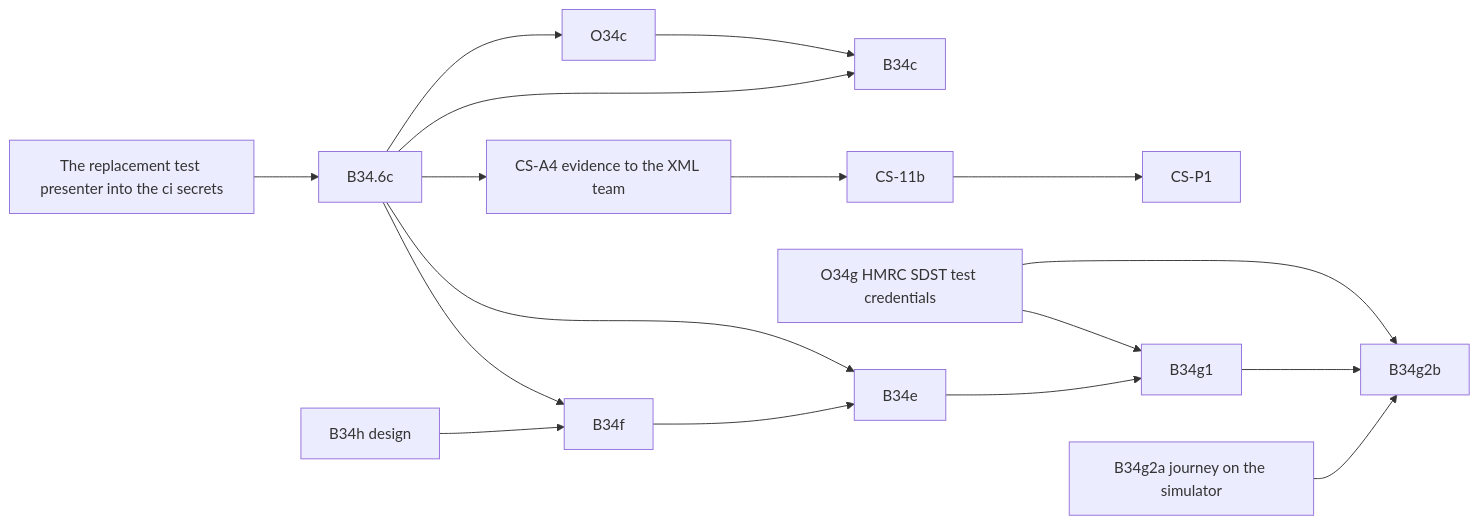
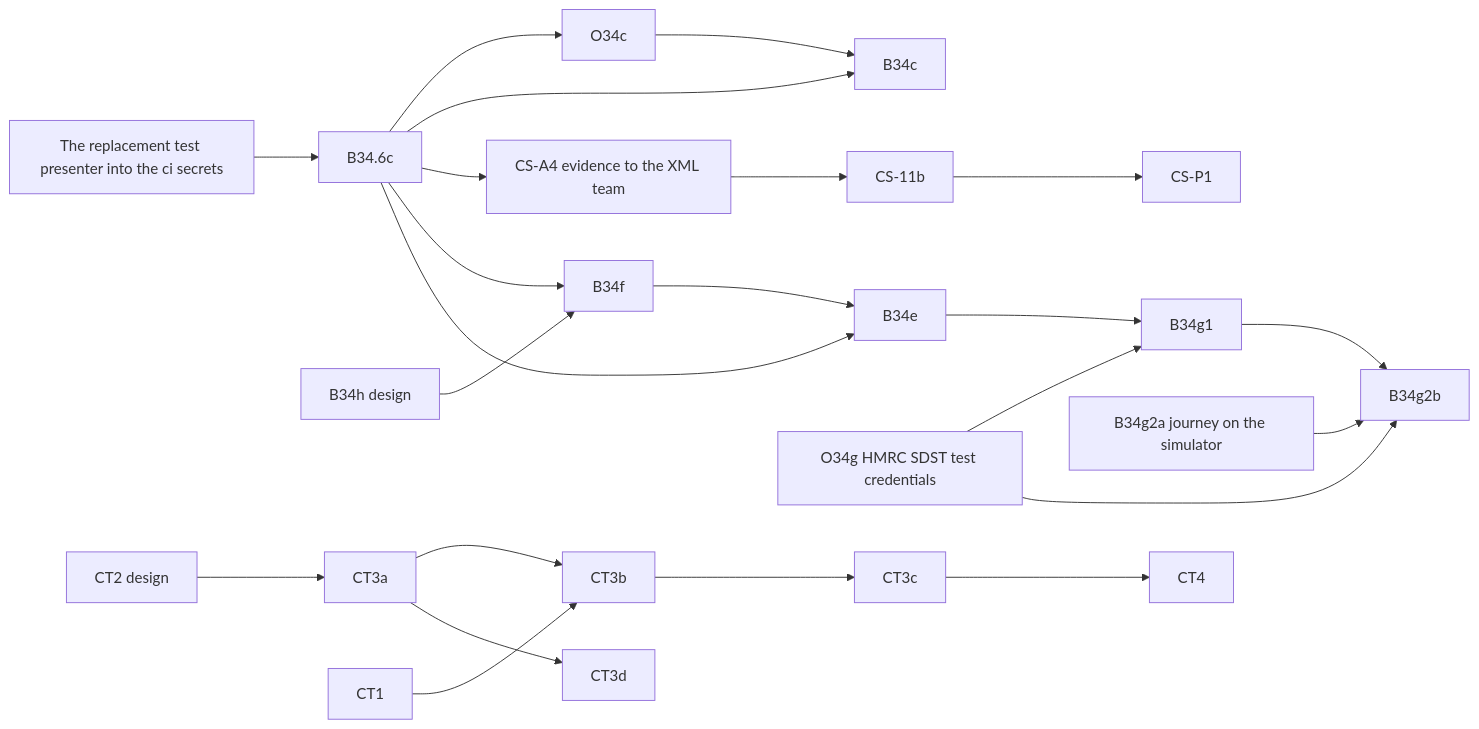
The diagram in PLAN_COMPANIES_HOUSE.md (diy-accounting-uk/submit.diyaccounting.co.uk), drawn with Mermaid before and after one commit. The commit also changed other lines of this file, not shown here.

First line of the commit message:
CT2: design of the CT600 typed return

````diff
--- a/PLAN_COMPANIES_HOUSE.md
+++ b/PLAN_COMPANIES_HOUSE.md
@@ -63,19 +63,25 @@
 ```mermaid
 flowchart LR
     SEC[The replacement test presenter into the ci secrets] --> B346c[B34.6c]
     B346c --> O34c
     B346c --> B34c
     O34c --> B34c
     B346c --> CSA4[CS-A4 evidence to the XML team]
     CSA4 --> CS11b[CS-11b]
     CS11b --> CSP1[CS-P1]
     B34h[B34h design] --> B34f
     B34f --> B34e
     B34e --> B34g1
     B34g2a[B34g2a journey on the simulator] --> B34g2b
     B34g1 --> B34g2b
     O34g[O34g HMRC SDST test credentials] --> B34g1
     O34g --> B34g2b
     B346c --> B34f
     B346c --> B34e
+    CT2[CT2 design] --> CT3a
+    CT3a --> CT3b
+    CT1 --> CT3b
+    CT3b --> CT3c
+    CT3c --> CT4
+    CT3a --> CT3d
 ```
````
